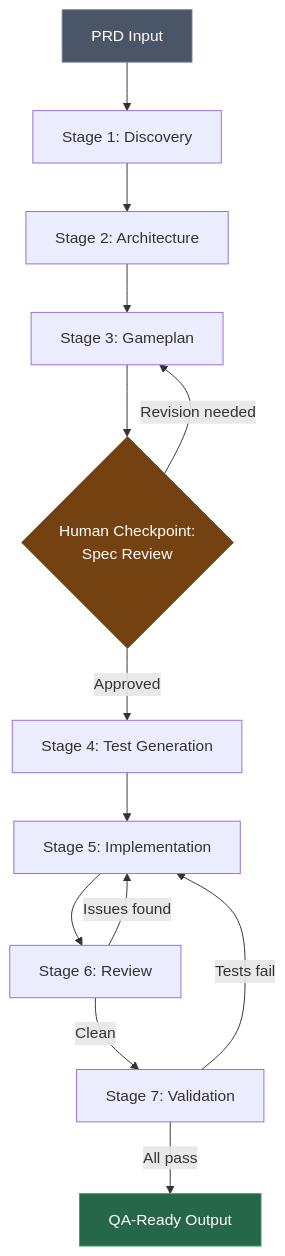
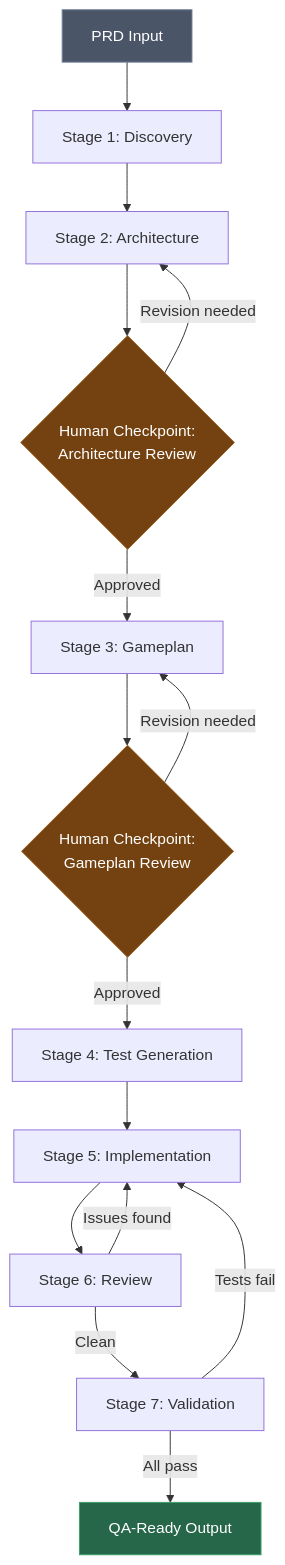
One commit to dpaola2/pipeline-skills changed the diagram in docs/pipeline-architecture.md. Above: the diagram before and after it, drawn with Mermaid. The commit also changed other lines of this file and 5 other files, not shown here.

First line of the commit message:
Add architecture review checkpoint between Stage 2 and Stage 3

````diff
--- a/docs/pipeline-architecture.md
+++ b/docs/pipeline-architecture.md
@@ -9,19 +9,22 @@
 ```mermaid
 graph TD
     PRD[PRD Input] --> S1[Stage 1: Discovery]
     S1 --> S2[Stage 2: Architecture]
-    S2 --> S3[Stage 3: Gameplan]
-    S3 --> HC1{Human Checkpoint:<br/>Spec Review}
-    HC1 -->|Approved| S4[Stage 4: Test Generation]
-    HC1 -->|Revision needed| S3
+    S2 --> HC1{Human Checkpoint:<br/>Architecture Review}
+    HC1 -->|Approved| S3[Stage 3: Gameplan]
+    HC1 -->|Revision needed| S2
+    S3 --> HC2{Human Checkpoint:<br/>Gameplan Review}
+    HC2 -->|Approved| S4[Stage 4: Test Generation]
+    HC2 -->|Revision needed| S3
     S4 --> S5[Stage 5: Implementation]
     S5 --> S6[Stage 6: Review]
     S6 -->|Issues found| S5
     S6 -->|Clean| S7[Stage 7: Validation]
     S7 -->|Tests fail| S5
     S7 -->|All pass| QA[QA-Ready Output]
 
     style PRD fill:#4a5568,stroke:#718096,color:#fff
     style HC1 fill:#744210,stroke:#975a16,color:#fff
+    style HC2 fill:#744210,stroke:#975a16,color:#fff
     style QA fill:#276749,stroke:#38a169,color:#fff
 ```
````
